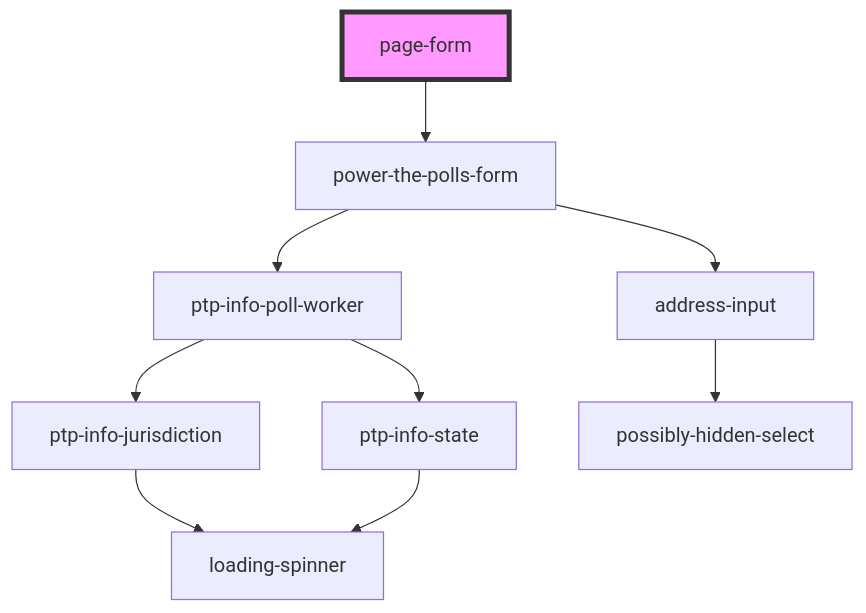
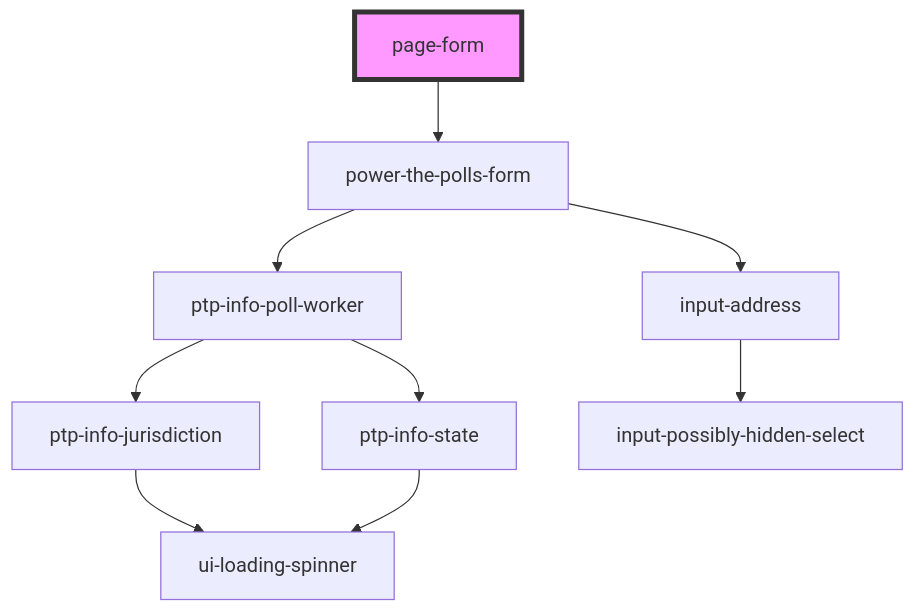
The diagram in site/src/components/page-form/readme.md (pizza-to-the-polls/power-the-polls), drawn with Mermaid before and after one commit. The commit also changed 26 other files, not shown here.

````diff
--- a/site/src/components/page-form/readme.md
+++ b/site/src/components/page-form/readme.md
@@ -22,12 +22,12 @@
 ```mermaid
 graph TD;
   page-form --> power-the-polls-form
   power-the-polls-form --> ptp-info-poll-worker
-  power-the-polls-form --> address-input
+  power-the-polls-form --> input-address
   ptp-info-poll-worker --> ptp-info-jurisdiction
   ptp-info-poll-worker --> ptp-info-state
-  ptp-info-jurisdiction --> loading-spinner
-  ptp-info-state --> loading-spinner
-  address-input --> possibly-hidden-select
+  ptp-info-jurisdiction --> ui-loading-spinner
+  ptp-info-state --> ui-loading-spinner
+  input-address --> input-possibly-hidden-select
   style page-form fill:#f9f,stroke:#333,stroke-width:4px
 ```
````
